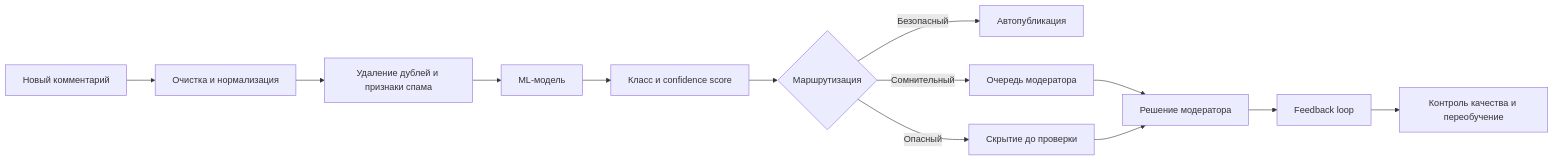
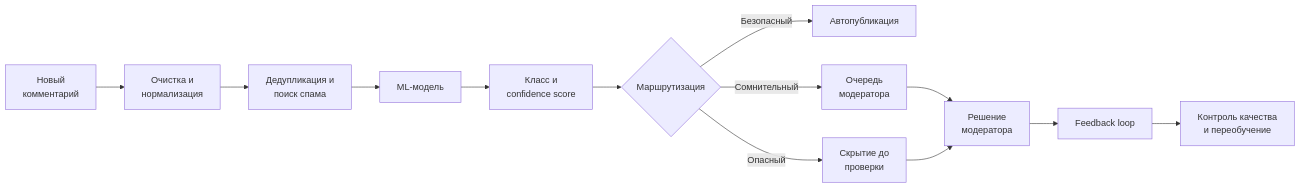
Before and after one commit to Alexander-Prel/priss: the diagram in docs/MLSD_Master_Document.md, drawn with Mermaid. The commit also changed other lines of this file and 6 other files, not shown here.

Commit message:
Improve document flow and Mermaid diagrams

````diff
--- a/docs/MLSD_Master_Document.md
+++ b/docs/MLSD_Master_Document.md
@@ -115,15 +75,15 @@
 ```mermaid
 flowchart LR
-    A[Новый комментарий] --> B[Очистка и нормализация]
-    B --> C[Удаление дублей и признаки спама]
+    A[Новый<br/>комментарий] --> B[Очистка и<br/>нормализация]
+    B --> C[Дедупликация и<br/>поиск спама]
     C --> D[ML-модель]
-    D --> E[Класс и confidence score]
+    D --> E[Класс и<br/>confidence score]
     E --> F{Маршрутизация}
     F -->|Безопасный| G[Автопубликация]
-    F -->|Сомнительный| H[Очередь модератора]
-    F -->|Опасный| I[Скрытие до проверки]
-    H --> J[Решение модератора]
+    F -->|Сомнительный| H[Очередь<br/>модератора]
+    F -->|Опасный| I[Скрытие до<br/>проверки]
+    H --> J[Решение<br/>модератора]
     I --> J
     J --> K[Feedback loop]
-    K --> L[Контроль качества и переобучение]
+    K --> L[Контроль качества<br/>и переобучение]
 ```
````
